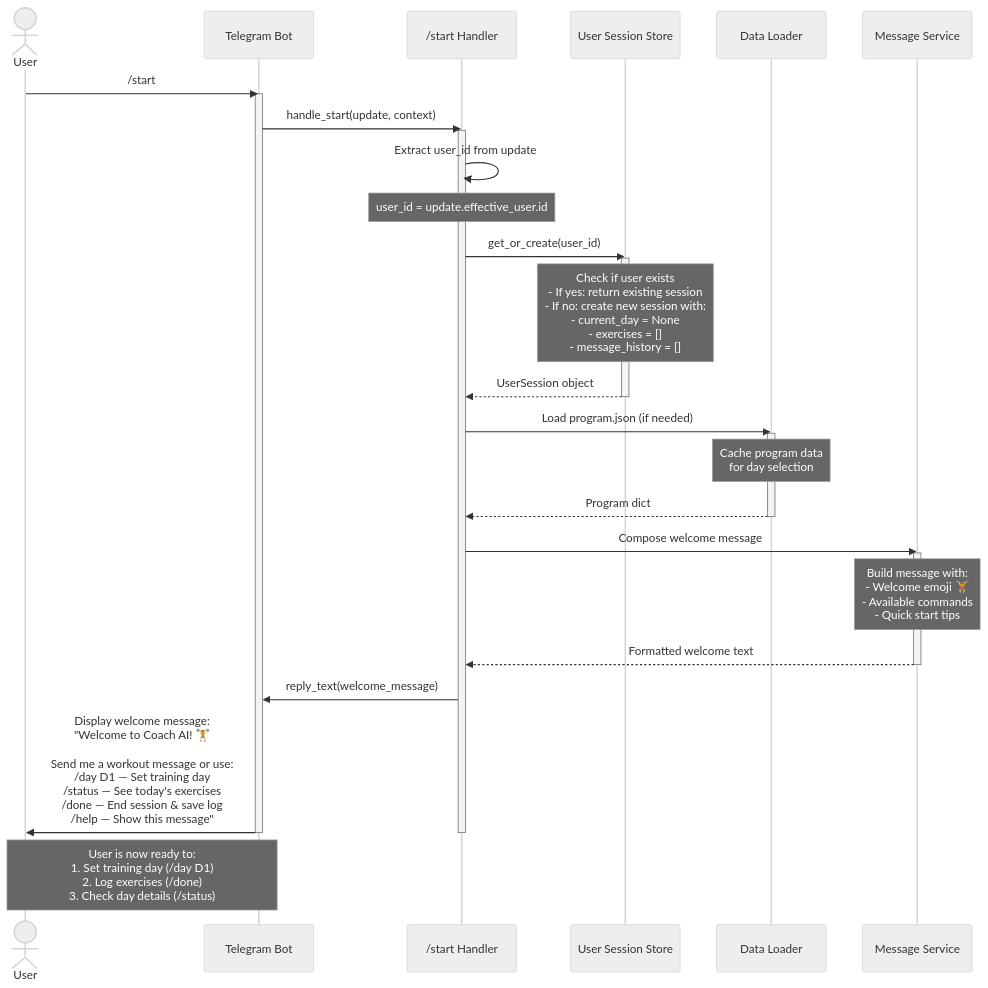
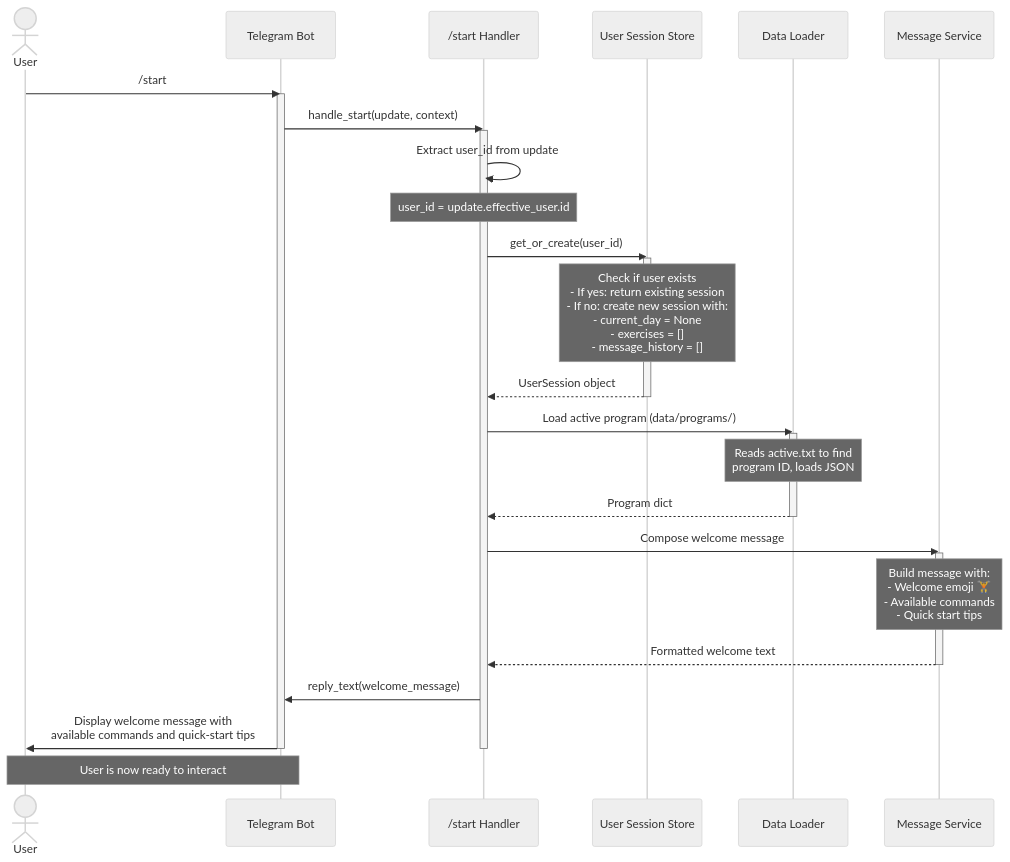
One commit to fabianobr/coach-ai changed the fifth of 7 diagrams in docs/ARCHITECTURE.md. Above: the diagram before and after it, drawn with Mermaid (neutral theme). The commit also changed other lines of this file and 7 other files, not shown here.

Commit message:
Update documentation, config, and add new directories\.\n\nModified files: .env.example, CLAUDE.md, README.md, docs/ARCHITECTURE.md, docs/TELEGRAM_BOT_SETUP.md, docs/API_GUIDE.md\nAdded directories: .clinerules/, .continue/

````diff
--- a/docs/ARCHITECTURE.md
+++ b/docs/ARCHITECTURE.md
@@ -266,44 +267,44 @@
 ```mermaid
 sequenceDiagram
     actor User
     participant Telegram as Telegram Bot
     participant CommandHandler as /start Handler
     participant SessionStore as User Session Store
     participant DataLoader as Data Loader
     participant MessageService as Message Service
     
     User->>Telegram: /start
     activate Telegram
     
     Telegram->>CommandHandler: handle_start(update, context)
     activate CommandHandler
     
     CommandHandler->>CommandHandler: Extract user_id from update
     Note over CommandHandler: user_id = update.effective_user.id
     
     CommandHandler->>SessionStore: get_or_create(user_id)
     activate SessionStore
     Note over SessionStore: Check if user exists<br/>- If yes: return existing session<br/>- If no: create new session with:<br/>  - current_day = None<br/>  - exercises = []<br/>  - message_history = []
     SessionStore-->>CommandHandler: UserSession object
     deactivate SessionStore
     
-    CommandHandler->>DataLoader: Load program.json (if needed)
+    CommandHandler->>DataLoader: Load active program (data/programs/)
     activate DataLoader
-    Note over DataLoader: Cache program data<br/>for day selection
+    Note over DataLoader: Reads active.txt to find<br/>program ID, loads JSON
     DataLoader-->>CommandHandler: Program dict
     deactivate DataLoader
     
     CommandHandler->>MessageService: Compose welcome message
     activate MessageService
     Note over MessageService: Build message with:<br/>- Welcome emoji 🏋️<br/>- Available commands<br/>- Quick start tips
     MessageService-->>CommandHandler: Formatted welcome text
     deactivate MessageService
     
     CommandHandler->>Telegram: reply_text(welcome_message)
-    Telegram->>User: Display welcome message:<br/>"Welcome to Coach AI! 🏋️<br/><br/>Send me a workout message or use:<br/>/day D1 — Set training day<br/>/status — See today's exercises<br/>/done — End session & save log<br/>/help — Show this message"
+    Telegram->>User: Display welcome message with<br/>available commands and quick-start tips
     
     deactivate CommandHandler
     deactivate Telegram
     
-    Note over User,Telegram: User is now ready to:<br/>1. Set training day (/day D1)<br/>2. Log exercises (/done)<br/>3. Check day details (/status)
+    Note over User,Telegram: User is now ready to interact
 ```
````
